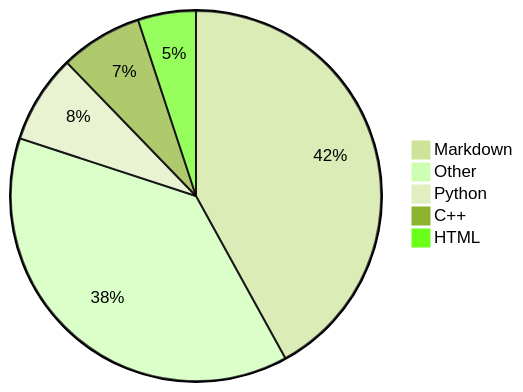
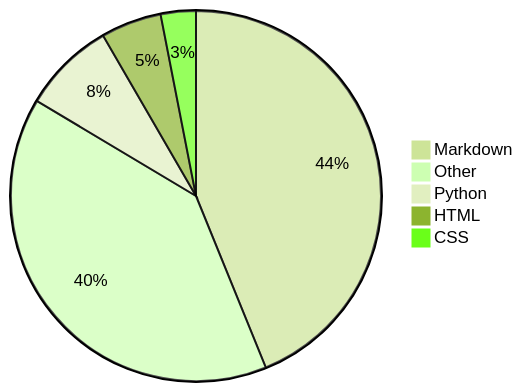
The diagram in README.md (Alicia111/alicia111), drawn with Mermaid (forest theme) before and after one commit.

Commit message:
Update WakaTime stats (・ω・)b

````diff
--- a/README.md
+++ b/README.md
@@ -32,8 +32,8 @@
 ```mermaid
 pie
-    "Markdown" : 40.32
-    "Other" : 36.53
-    "Python" : 7.42
-    "C++" : 6.89
-    "HTML" : 4.86
+    "Markdown" : 43.3
+    "Other" : 39.23
+    "Python" : 7.97
+    "HTML" : 5.22
+    "CSS" : 3.03
 ```
````
